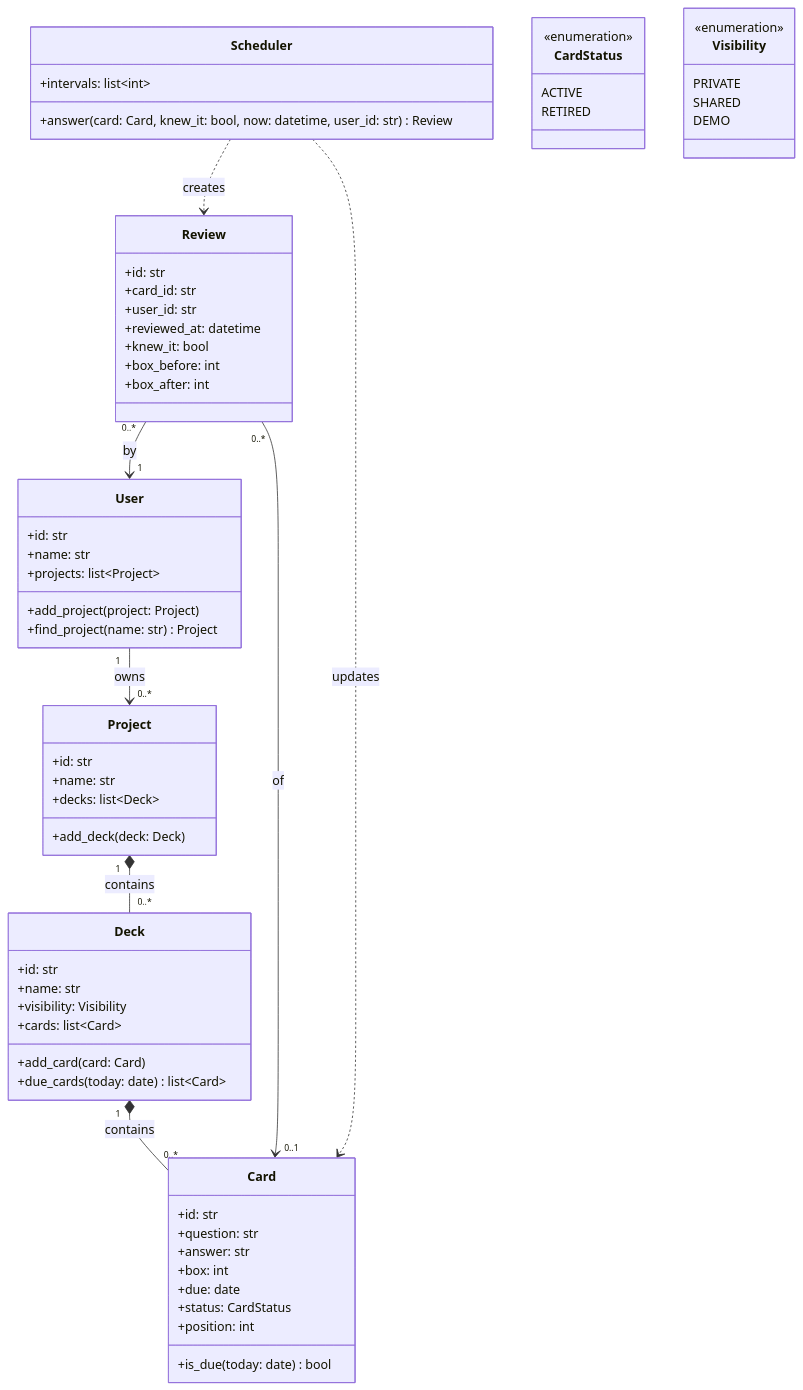
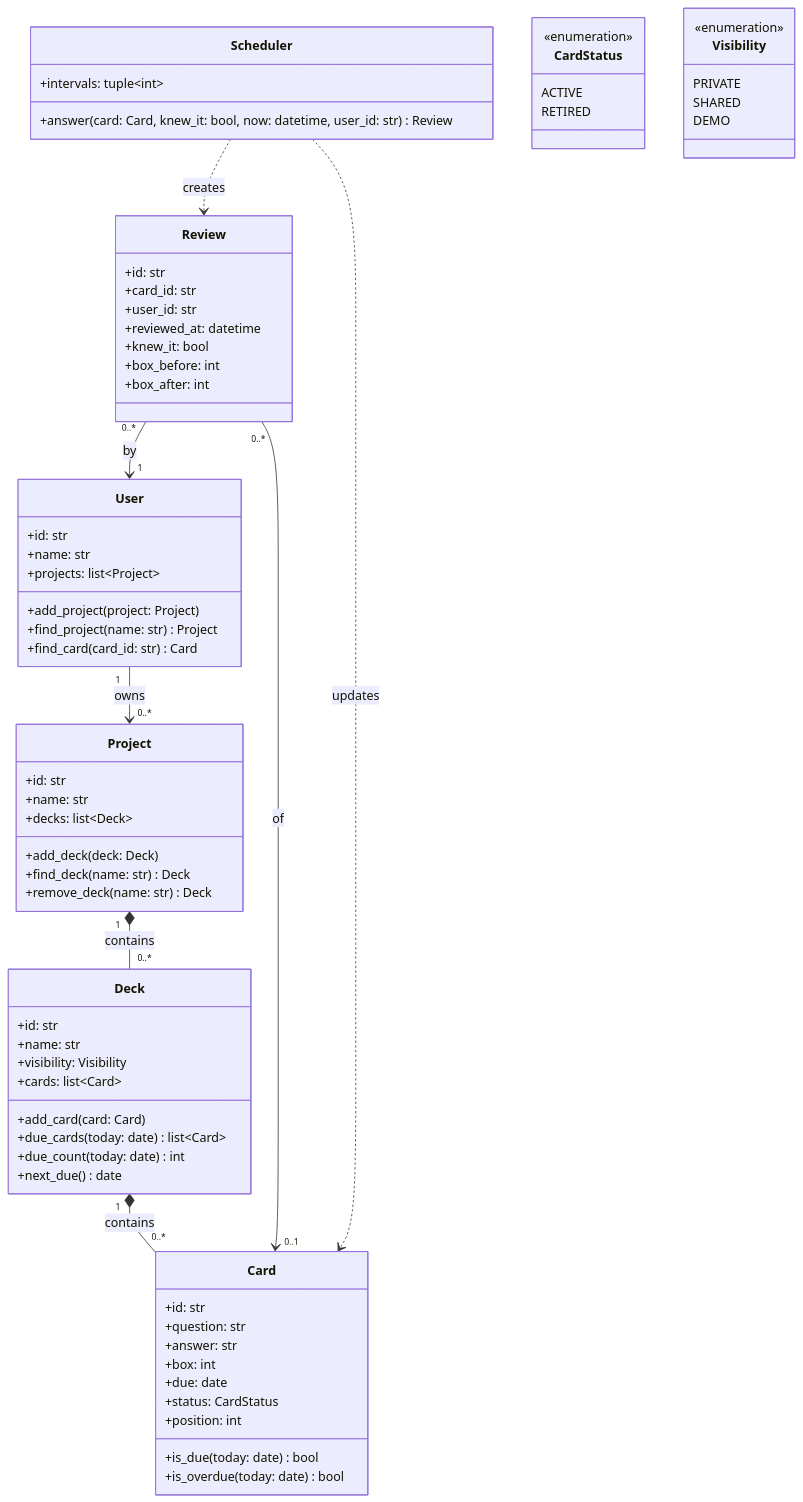
The diagram in docs/diagrams/04-class-diagram.md (OleksandraZ/leitbox), drawn with Mermaid before and after one commit. The commit also changed other lines of this file and 4 other files, not shown here.

Commit message:
Docs: sync diagrams and roadmap with Phase 1

````diff
--- a/docs/diagrams/04-class-diagram.md
+++ b/docs/diagrams/04-class-diagram.md
@@ -8,66 +6,72 @@
 ```mermaid
 classDiagram
     class User {
         +id: str
         +name: str
         +projects: list~Project~
         +add_project(project: Project)
         +find_project(name: str) Project
+        +find_card(card_id: str) Card
     }
     class Project {
         +id: str
         +name: str
         +decks: list~Deck~
         +add_deck(deck: Deck)
+        +find_deck(name: str) Deck
+        +remove_deck(name: str) Deck
     }
     class Deck {
         +id: str
         +name: str
         +visibility: Visibility
         +cards: list~Card~
         +add_card(card: Card)
         +due_cards(today: date) list~Card~
+        +due_count(today: date) int
+        +next_due() date
     }
     class Card {
         +id: str
         +question: str
         +answer: str
         +box: int
         +due: date
         +status: CardStatus
         +position: int
         +is_due(today: date) bool
+        +is_overdue(today: date) bool
     }
     class Review {
         +id: str
         +card_id: str
         +user_id: str
         +reviewed_at: datetime
         +knew_it: bool
         +box_before: int
         +box_after: int
     }
     class Scheduler {
-        +intervals: list~int~
+        +intervals: tuple~int~
         +answer(card: Card, knew_it: bool, now: datetime, user_id: str) Review
     }
     class CardStatus {
         <<enumeration>>
         ACTIVE
         RETIRED
     }
     class Visibility {
         <<enumeration>>
         PRIVATE
         SHARED
         DEMO
     }
 
     User "1" --> "0..*" Project : owns
     Project "1" *-- "0..*" Deck : contains
     Deck "1" *-- "0..*" Card : contains
     Review "0..*" --> "0..1" Card : of
     Review "0..*" --> "1" User : by
     Scheduler ..> Card : updates
     Scheduler ..> Review : creates
 ```
````
